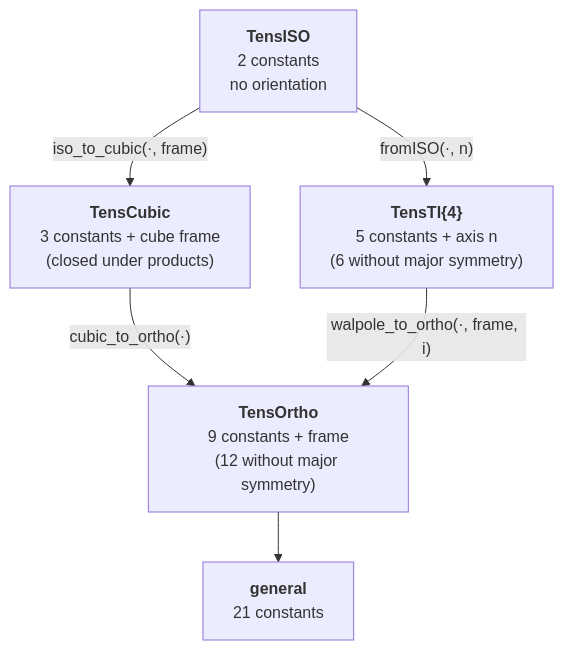
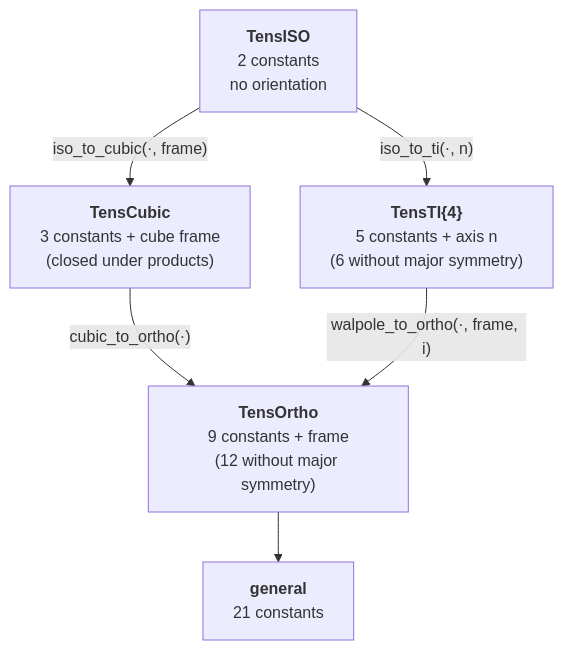
The diagram in docs/src/theory/cubic.md (MicroPoroChemoMechanics/TensND.jl), drawn with Mermaid before and after one commit. The commit also changed other lines of this file and 103 other files, not shown here.

````diff
--- a/docs/src/theory/cubic.md
+++ b/docs/src/theory/cubic.md
@@ -185,14 +185,14 @@
 ```mermaid
 %%{init: {"flowchart": {"useMaxWidth": false}}}%%
 flowchart TB
     ISO["<b>TensISO</b><br/>2 constants<br/>no orientation"]
     CUB["<b>TensCubic</b><br/>3 constants + cube frame<br/>(closed under products)"]
     TI["<b>TensTI{4}</b><br/>5 constants + axis n<br/>(6 without major symmetry)"]
     ORT["<b>TensOrtho</b><br/>9 constants + frame<br/>(12 without major symmetry)"]
     ANI["<b>general</b><br/>21 constants"]
     ISO -->|"iso_to_cubic(·, frame)"| CUB
-    ISO -->|"fromISO(·, n)"| TI
+    ISO -->|"iso_to_ti(·, n)"| TI
     CUB -->|"cubic_to_ortho(·)"| ORT
     TI -->|"walpole_to_ortho(·, frame, i)"| ORT
     ORT --> ANI
 ```
````
